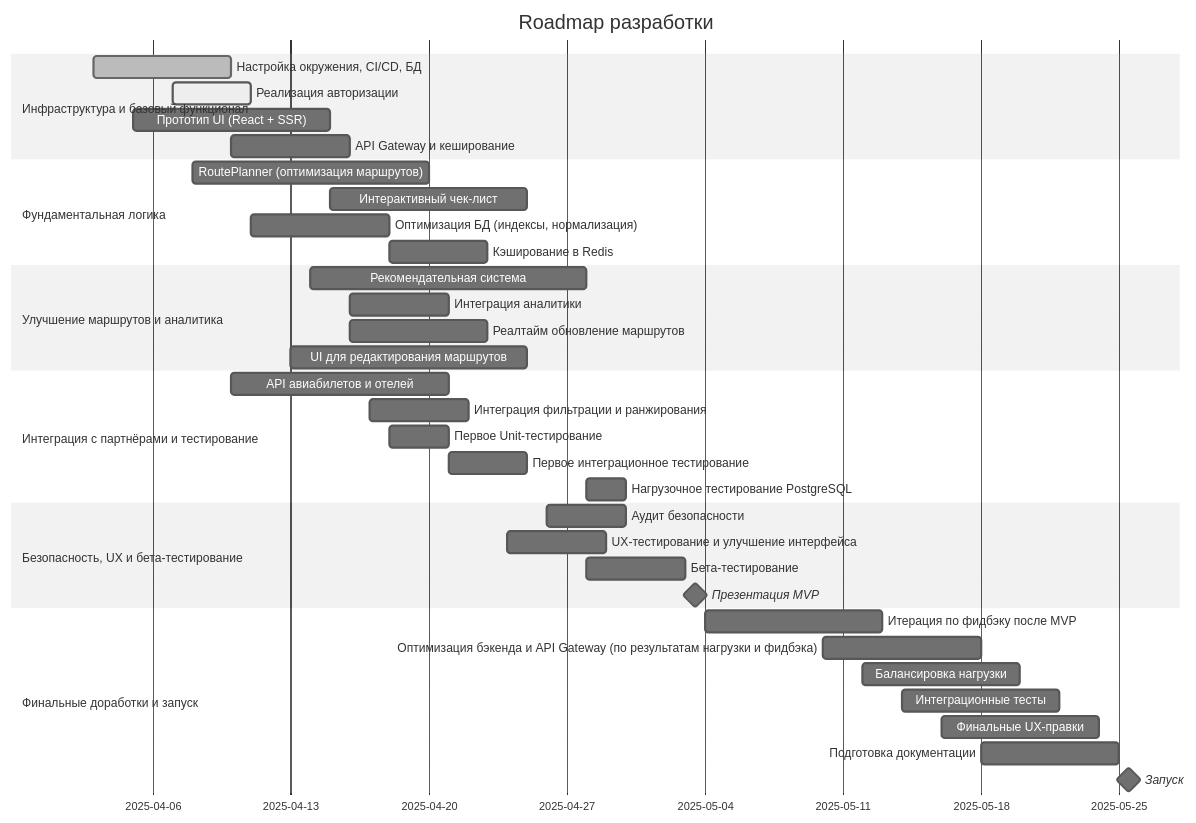
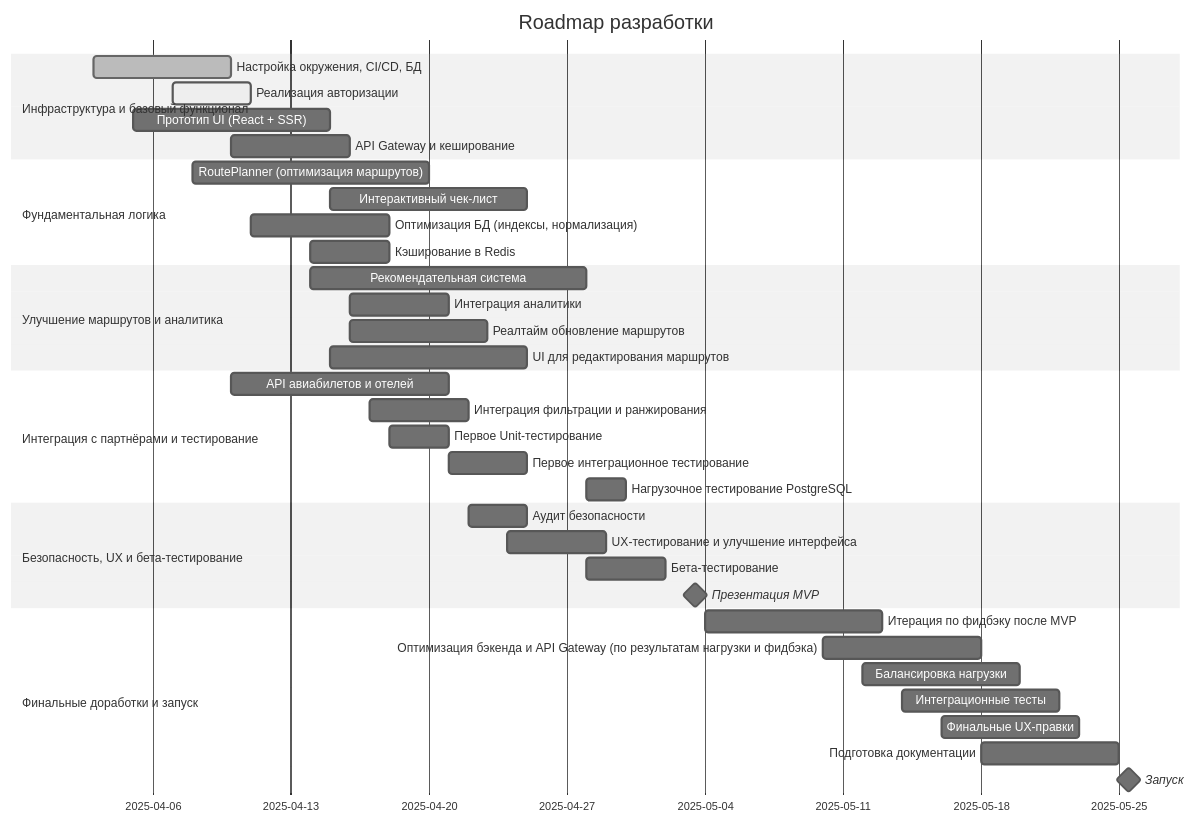
The diagram in Документация/Разработка материалы/Roadmap разработки.md (kayukovzakhar/TRPO_Travel_Planning_Service), drawn with Mermaid (neutral theme) before and after one commit.

Commit message:
Update Roadmap разработки.md

````diff
--- a/Документация/Разработка материалы/Roadmap разработки.md
+++ b/Документация/Разработка материалы/Roadmap разработки.md
@@ -4,44 +4,44 @@
 ```mermaid
 gantt
     title Roadmap разработки
     dateFormat  YYYY-MM-DD
     section Инфраструктура и базовый функционал
     Настройка окружения, CI/CD, БД        :done, 2025-04-03, 2025-04-10
     Реализация авторизации                :active, 2025-04-07, 2025-04-11
     Прототип UI (React + SSR)             :2025-04-05, 2025-04-15
     API Gateway и кеширование             :2025-04-10, 2025-04-16
 
     section Фундаментальная логика
     RoutePlanner (оптимизация маршрутов)  :2025-04-08, 2025-04-20
     Интерактивный чек-лист                :2025-04-15, 2025-04-25
     Оптимизация БД (индексы, нормализация):2025-04-11, 2025-04-18
-    Кэширование в Redis                   :2025-04-18, 2025-04-23
+    Кэширование в Redis                   :2025-04-14, 2025-04-18
 
     section Улучшение маршрутов и аналитика
     Рекомендательная система              :2025-04-14, 2025-04-28
     Интеграция аналитики                  :2025-04-16, 2025-04-21
     Реалтайм обновление маршрутов         :2025-04-16, 2025-04-23
-    UI для редактирования маршрутов       :2025-04-13, 2025-04-25
+    UI для редактирования маршрутов       :2025-04-15, 2025-04-25
 
     section Интеграция с партнёрами и тестирование
     API авиабилетов и отелей              :2025-04-10, 2025-04-21
     Интеграция фильтрации и ранжирования  :2025-04-17, 2025-04-22
     Первое Unit-тестирование              :2025-04-18, 2025-04-21
     Первое интеграционное тестирование    :2025-04-21, 2025-04-25
     Нагрузочное тестирование PostgreSQL   :2025-04-28, 2025-04-30
 
     section Безопасность, UX и бета-тестирование
-    Аудит безопасности                    :2025-04-26, 2025-04-30
+    Аудит безопасности                    :2025-04-22, 2025-04-25
     UX-тестирование и улучшение интерфейса:2025-04-24, 2025-04-29
-    Бета-тестирование                     :2025-04-28, 2025-05-03
+    Бета-тестирование                     :2025-04-28, 2025-05-02
     Презентация MVP                       :milestone, 2025-05-03, 1d
 
     section Финальные доработки и запуск
     Итерация по фидбэку после MVP         :2025-05-04, 2025-05-13
     Оптимизация бэкенда и API Gateway (по результатам нагрузки и фидбэка):2025-05-10, 2025-05-18
     Балансировка нагрузки                 :2025-05-12, 2025-05-20
     Интеграционные тесты                  :2025-05-14, 2025-05-22
-    Финальные UX-правки                   :2025-05-16, 2025-05-24
+    Финальные UX-правки                   :2025-05-16, 2025-05-23
     Подготовка документации               :2025-05-18, 2025-05-25
     Запуск                             :milestone, 2025-05-25, 1d
 ```
````
